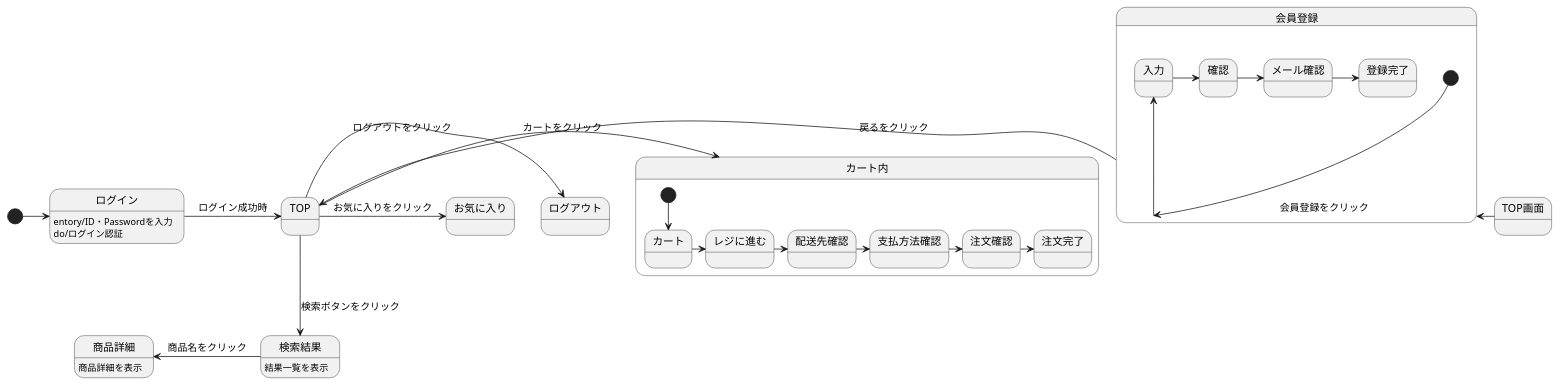
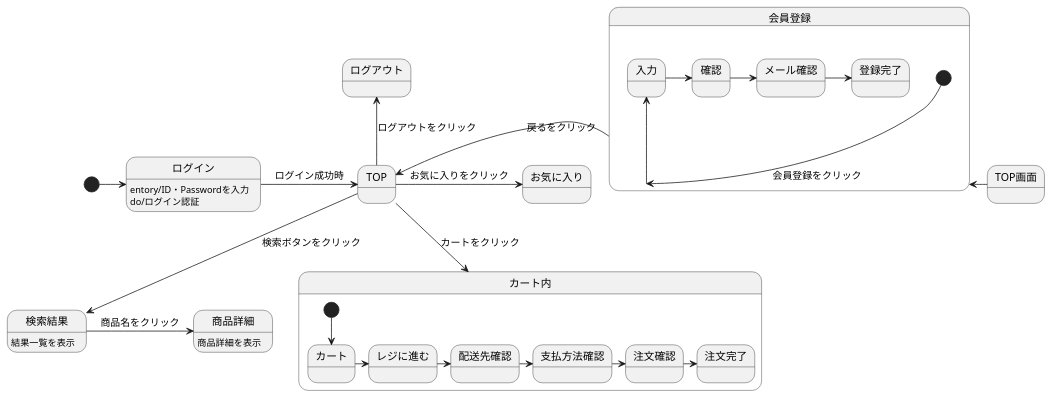
The diagram in チーム開発/画面遷移.md (Aso2101121/2021sys-design-2), drawn with PlantUML before and after one commit.

````diff
--- a/チーム開発/画面遷移.md
+++ b/チーム開発/画面遷移.md
@@ -1,36 +1,36 @@
 ```uml
 @startuml
 [*]        ->      ログイン 
 ログイン   ->      TOP: ログイン成功時
 ログイン: entory/ID・Passwordを入力
 ログイン: do/ログイン認証
 TOP画面  -left->   会員登録: 会員登録をクリック
 会員登録  ->       TOP: 戻るをクリック
-TOP       ->      カート内: カートをクリック
-TOP       ->      ログアウト: ログアウトをクリック
+TOP       -down->  カート内: カートをクリック
+TOP       -up->    ログアウト: ログアウトをクリック
 TOP       ->      お気に入り: お気に入りをクリック
 TOP     -down->  検索結果: 検索ボタンをクリック
 検索結果: 結果一覧を表示
-検索結果  -left->  商品詳細: 商品名をクリック
+検索結果  -right->  商品詳細: 商品名をクリック
 商品詳細: 商品詳細を表示
 
 
 state 会員登録{
  [*]    -->    会員登録
  会員登録 ->  入力
  入力     ->  確認
  確認     ->  メール確認
  メール確認 -> 登録完了
 }
 
 state カート内{
  [*]    -->    カート
  カート  ->    レジに進む
  レジに進む  ->  配送先確認
  配送先確認 ->   支払方法確認
  支払方法確認 -> 注文確認
  注文確認 ->  注文完了
 }
 
 @enduml
 ```
````
